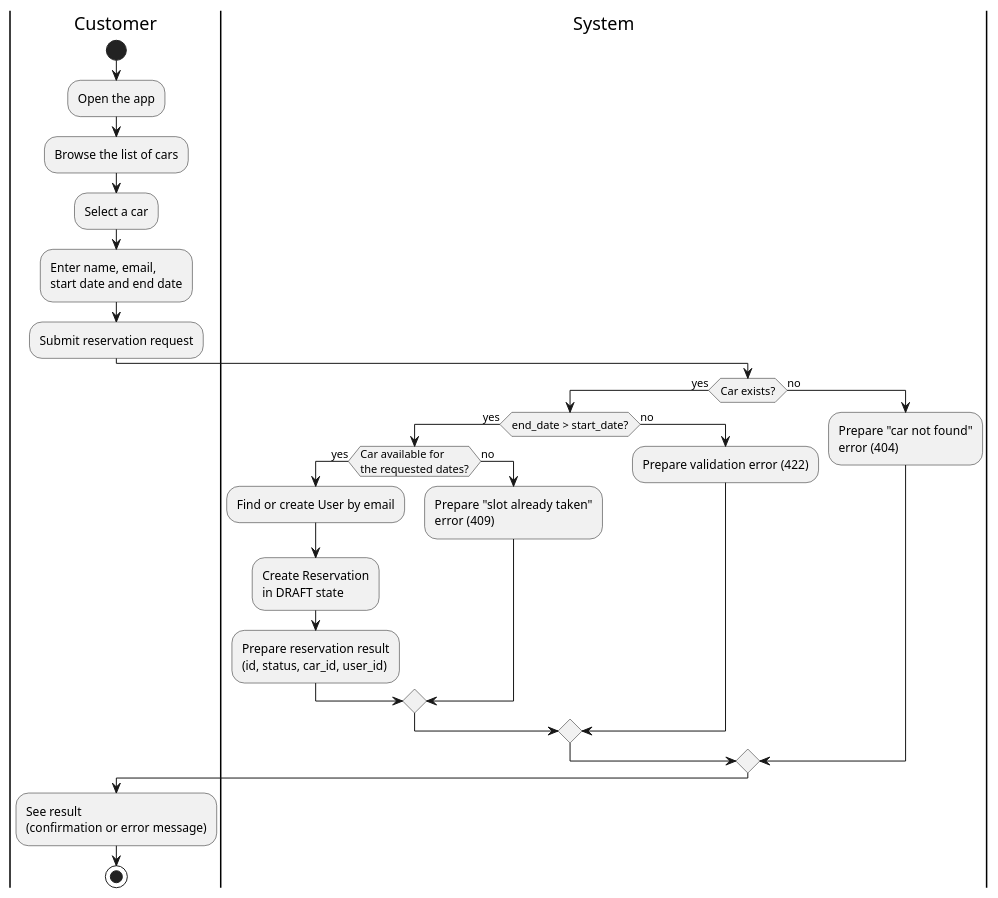
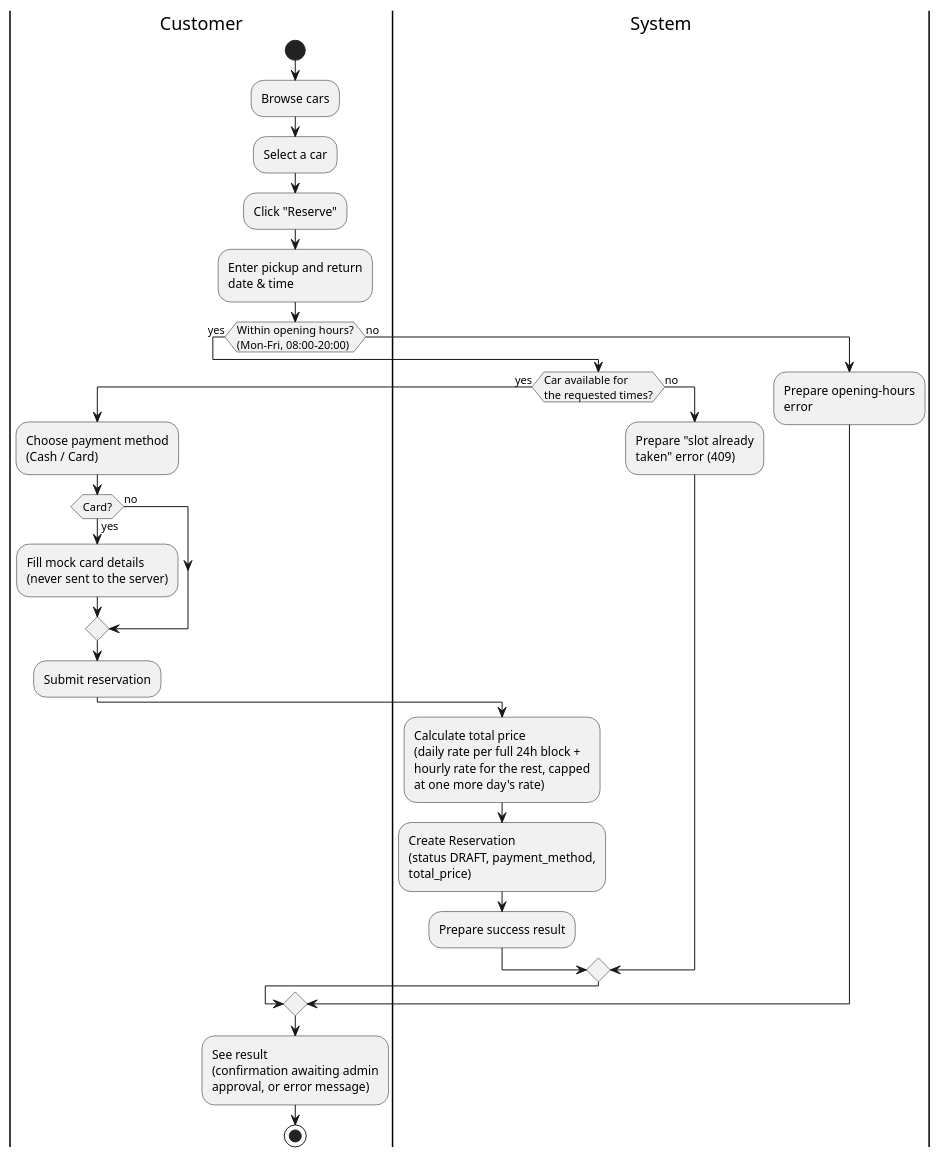
The diagram in docs/diagrams/activity-make-reservation.puml (DavidMagyarics/CarRentalVSB), drawn with PlantUML before and after one commit. The commit also changed 11 other files, not shown here.

First line of the commit message:
docs: complete use case diagram + one activity diagram per use case

```diff
--- a/docs/diagrams/activity-make-reservation.puml
+++ b/docs/diagrams/activity-make-reservation.puml
@@ -1,32 +1,36 @@
 @startuml activity-make-reservation
 skinparam backgroundColor white
 
 |Customer|
 start
-:Open the app;
-:Browse the list of cars;
+:Browse cars;
 :Select a car;
-:Enter name, email,\nstart date and end date;
-:Submit reservation request;
+:Click "Reserve";
+:Enter pickup and return\ndate & time;
 
-|System|
-if (Car exists?) then (yes)
-  if (end_date > start_date?) then (yes)
-    if (Car available for\nthe requested dates?) then (yes)
-      :Find or create User by email;
-      :Create Reservation\nin DRAFT state;
-      :Prepare reservation result\n(id, status, car_id, user_id);
+if (Within opening hours?\n(Mon-Fri, 08:00-20:00)) then (yes)
+  |System|
+  if (Car available for\nthe requested times?) then (yes)
+    |Customer|
+    :Choose payment method\n(Cash / Card);
+    if (Card?) then (yes)
+      :Fill mock card details\n(never sent to the server);
     else (no)
-      :Prepare "slot already taken"\nerror (409);
     endif
+    :Submit reservation;
+
+    |System|
+    :Calculate total price\n(daily rate per full 24h block +\nhourly rate for the rest, capped\nat one more day's rate);
+    :Create Reservation\n(status DRAFT, payment_method,\ntotal_price);
+    :Prepare success result;
   else (no)
-    :Prepare validation error (422);
+    :Prepare "slot already\ntaken" error (409);
   endif
 else (no)
-  :Prepare "car not found"\nerror (404);
+  :Prepare opening-hours\nerror;
 endif
 
 |Customer|
-:See result\n(confirmation or error message);
+:See result\n(confirmation awaiting admin\napproval, or error message);
 stop
 @enduml
```
